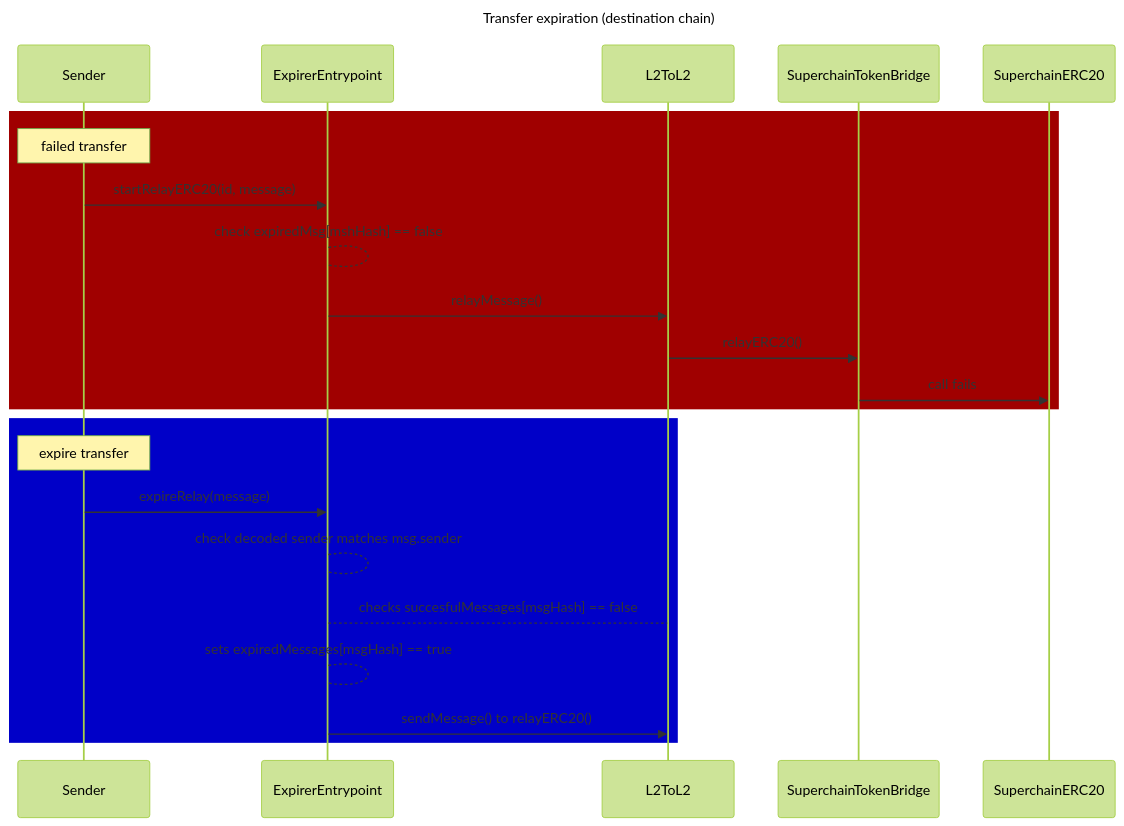
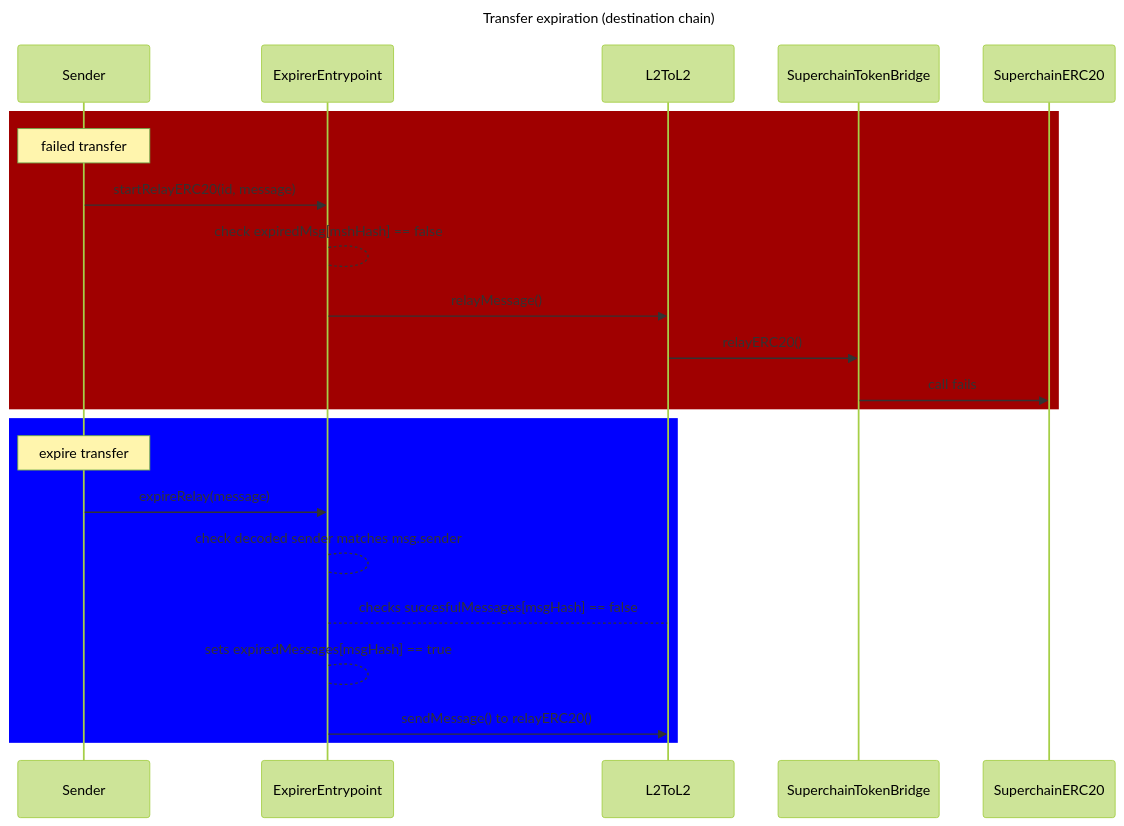
One commit to ethereum-optimism/design-docs changed the third of 4 diagrams in protocol/superchain-erc20/expired-transfers.md. Above: the diagram before and after it, drawn with Mermaid (forest theme).

Commit message:
chore: ligher blue

````diff
--- a/protocol/superchain-erc20/expired-transfers.md
+++ b/protocol/superchain-erc20/expired-transfers.md
@@ -114,22 +114,22 @@
 ```mermaid
 sequenceDiagram
 title Transfer expiration (destination chain)
 
 rect rgb(160, 0, 0)
 Note over Sender: failed transfer
 Sender ->> ExpirerEntrypoint: startRelayERC20(id, message)
 ExpirerEntrypoint --> ExpirerEntrypoint: check expiredMsg[mshHash] == false
 ExpirerEntrypoint ->> L2ToL2: relayMessage()
 L2ToL2 ->> SuperchainTokenBridge: relayERC20()
 SuperchainTokenBridge ->> SuperchainERC20: call fails
 end
 
-rect rgb(0, 0, 200)
+rect rgb(0, 0, 300)
 Note over Sender: expire transfer
 Sender ->> ExpirerEntrypoint: expireRelay(message)
 ExpirerEntrypoint --> ExpirerEntrypoint: check decoded sender matches msg.sender
 ExpirerEntrypoint --> L2ToL2: checks succesfulMessages[msgHash] == false
 ExpirerEntrypoint --> ExpirerEntrypoint: sets expiredMessages[msgHash] == true
 ExpirerEntrypoint ->> L2ToL2: sendMessage() to relayERC20()
 end
 ```
````
